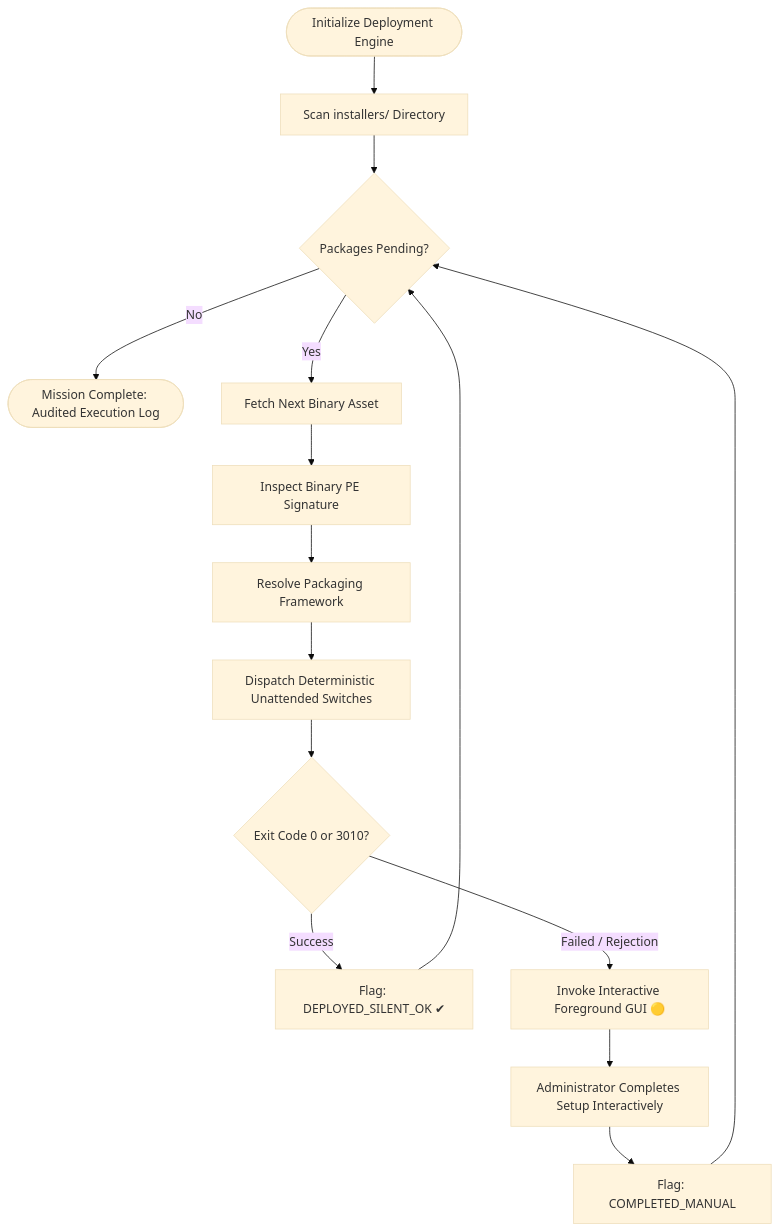
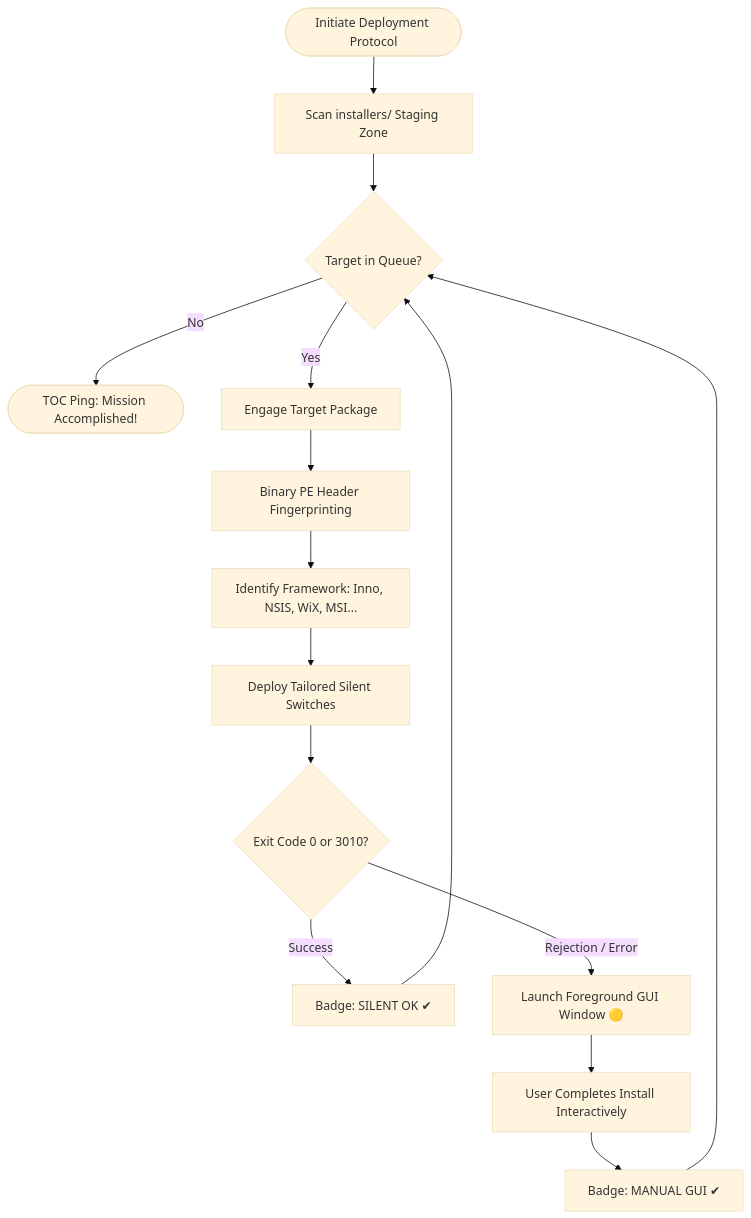
One commit to Uwedwa/install-or-not changed the diagram in README.md. Above: the diagram before and after it, drawn with Mermaid (base theme). The commit also changed other lines of this file and 1 other file, not shown here.

````diff
--- a/README.md
+++ b/README.md
@@ -114,22 +132,22 @@
 ```mermaid
 flowchart TD
-    Init([Initialize Deployment Engine]) --> ScanDir[Scan installers/ Directory]
-    ScanDir --> QueueCheck{Packages Pending?}
+    Start([Initiate Deployment Protocol]) --> Scan[Scan installers/ Staging Zone]
+    Scan --> CheckQueue{Target in Queue?}
     
-    QueueCheck -- No --> Terminate([Mission Complete: Audited Execution Log])
-    QueueCheck -- Yes --> Dequeue[Fetch Next Binary Asset]
+    CheckQueue -- No --> Debrief([TOC Ping: Mission Accomplished!])
+    CheckQueue -- Yes --> Dequeue[Engage Target Package]
     
-    Dequeue --> ReadHeader[Inspect Binary PE Signature]
-    ReadHeader --> Identify[Resolve Packaging Framework]
-    Identify --> ExecuteSilent[Dispatch Deterministic Unattended Switches]
+    Dequeue --> Inspect[Binary PE Header Fingerprinting]
+    Inspect --> Engine[Identify Framework: Inno, NSIS, WiX, MSI...]
+    Engine --> Silent[Deploy Tailored Silent Switches]
     
-    ExecuteSilent --> Validate{Exit Code 0 or 3010?}
-    Validate -- Success --> MarkOK[Flag: DEPLOYED_SILENT_OK ✔]
-    Validate -- Failed / Rejection --> TriggerGUI[Invoke Interactive Foreground GUI 🟡]
+    Silent --> Validate{Exit Code 0 or 3010?}
+    Validate -- Success --> MarkOK[Badge: SILENT OK ✔]
+    Validate -- Rejection / Error --> Fallback[Launch Foreground GUI Window 🟡]
     
-    TriggerGUI --> AwaitUser[Administrator Completes Setup Interactively]
-    AwaitUser --> MarkManual[Flag: COMPLETED_MANUAL]
+    Fallback --> Manual[User Completes Install Interactively]
+    Manual --> MarkManual[Badge: MANUAL GUI ✔]
     
-    MarkOK --> QueueCheck
-    MarkManual --> QueueCheck
+    MarkOK --> CheckQueue
+    MarkManual --> CheckQueue
 ```
````
